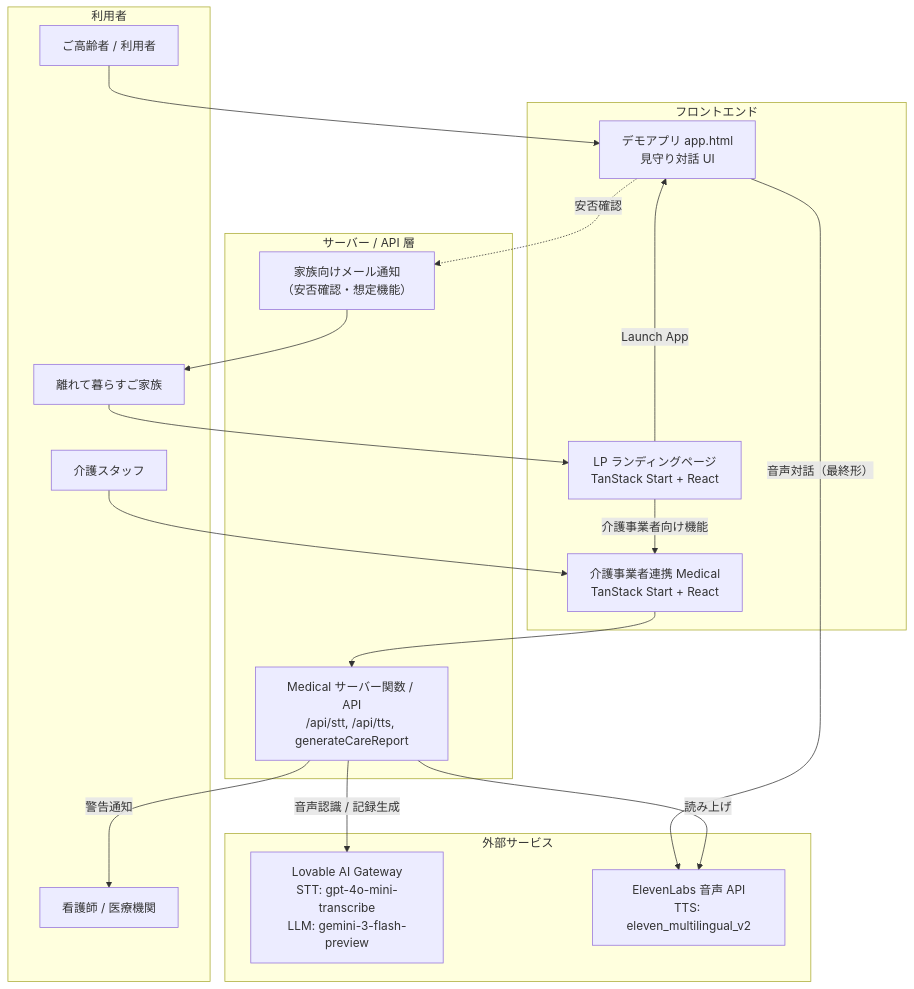
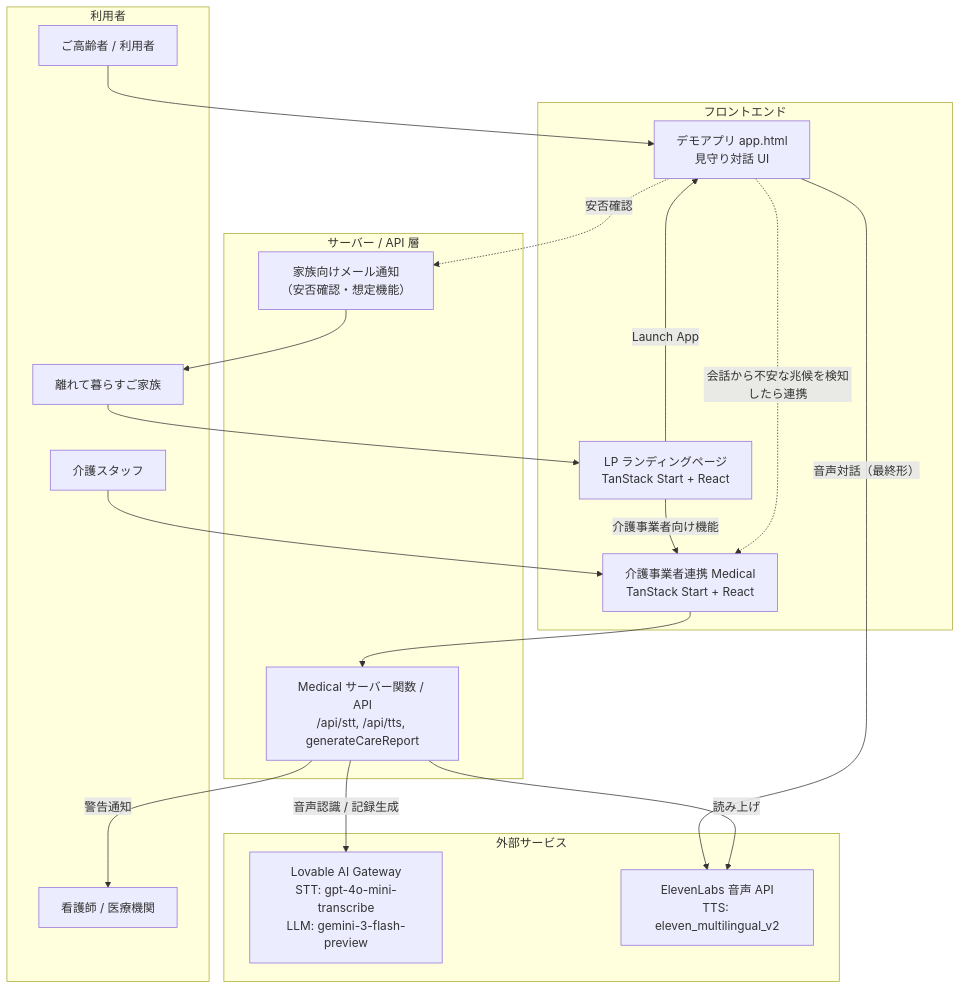
Before and after one commit to nandemotoken/mimamori_jaws: the first of 3 diagrams in System.md, drawn with Mermaid. The commit also changed other lines of this file, not shown here.

````diff
--- a/System.md
+++ b/System.md
@@ -17,41 +22,42 @@
 ```mermaid
 graph TB
     subgraph users [利用者]
         Senior[ご高齢者 / 利用者]
         Family[離れて暮らすご家族]
         CareStaff[介護スタッフ]
         Nurse[看護師 / 医療機関]
     end
 
     subgraph frontends [フロントエンド]
         LP["LP ランディングページ<br/>TanStack Start + React"]
         App["デモアプリ app.html<br/>見守り対話 UI"]
         Medical["介護事業者連携 Medical<br/>TanStack Start + React"]
     end
 
     subgraph backend [サーバー / API 層]
         MedicalAPI["Medical サーバー関数 / API<br/>/api/stt, /api/tts, generateCareReport"]
         EmailSvc["家族向けメール通知<br/>（安否確認・想定機能）"]
     end
 
     subgraph external [外部サービス]
         Lovable["Lovable AI Gateway<br/>STT: gpt-4o-mini-transcribe<br/>LLM: gemini-3-flash-preview"]
         Eleven["ElevenLabs 音声 API<br/>TTS: eleven_multilingual_v2"]
     end
 
     Senior --> App
     Family --> LP
     CareStaff --> Medical
 
     LP -->|Launch App| App
     LP -->|介護事業者向け機能| Medical
 
     App -->|"音声対話（最終形）"| Eleven
     App -.->|安否確認| EmailSvc
+    App -.->|"会話から不安な兆候を検知したら連携"| Medical
     EmailSvc --> Family
 
     Medical --> MedicalAPI
     MedicalAPI -->|音声認識 / 記録生成| Lovable
     MedicalAPI -->|読み上げ| Eleven
     MedicalAPI -->|警告通知| Nurse
 ```
````
